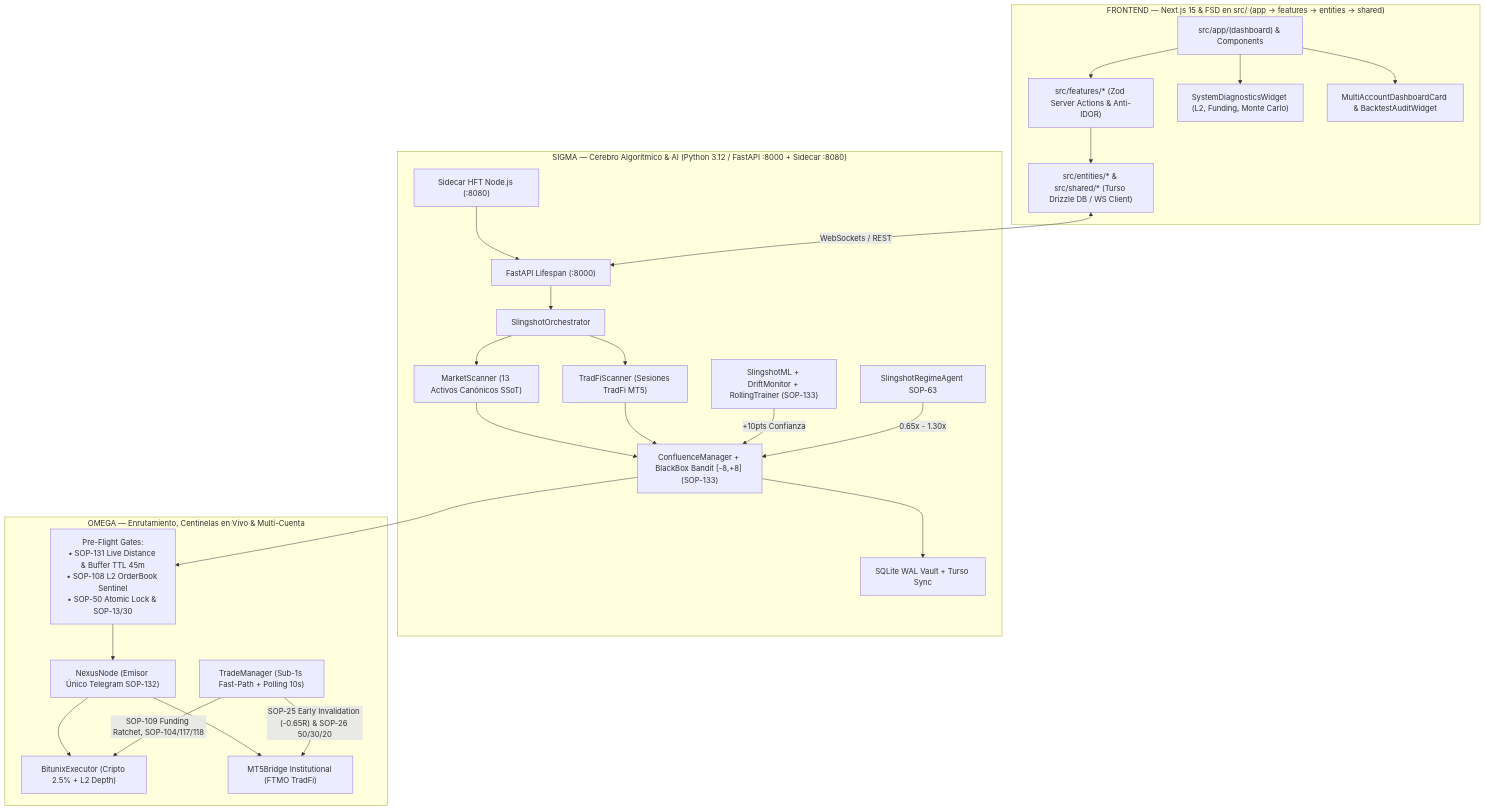
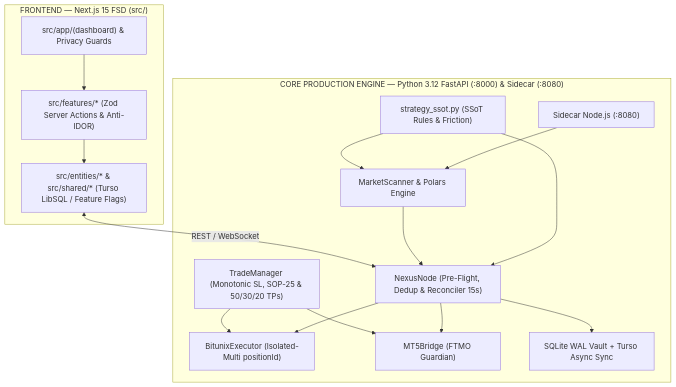
One commit to matiquelmec/Slingshot changed the diagram in README.md. Above: the diagram before and after it, drawn with Mermaid. The commit also changed other lines of this file and 28 other files, not shown here.

Commit message:
feat(sop-146): enforce OpSec zero-leak hygiene, OOS/ablation validation suite, live forward tracker, and sober README

````diff
--- a/README.md
+++ b/README.md
@@ -85,32 +37,21 @@
 ```mermaid
 graph TB
-    subgraph "FRONTEND — Next.js 15 & FSD en src/ (app -> features -> entities -> shared)"
-        A["src/app/(dashboard) & Components"] --> B["src/features/* (Zod Server Actions & Anti-IDOR)"]
-        B --> C["src/entities/* & src/shared/* (Turso Drizzle DB / WS Client)"]
-        A --> D["SystemDiagnosticsWidget (L2, Funding, Monte Carlo)"]
-        A --> E["MultiAccountDashboardCard & BacktestAuditWidget"]
+    subgraph "FRONTEND — Next.js 15 FSD (src/)"
+        UI["src/app/(dashboard) & Privacy Guards"] --> FEAT["src/features/* (Zod Server Actions & Anti-IDOR)"]
+        FEAT --> SHARED["src/entities/* & src/shared/* (Turso LibSQL / Feature Flags)"]
     end
 
-    subgraph "SIGMA — Cerebro Algorítmico & AI (Python 3.12 / FastAPI :8000 + Sidecar :8080)"
-        J["FastAPI Lifespan (:8000)"] --> K["SlingshotOrchestrator"]
-        SIDE["Sidecar HFT Node.js (:8080)"] --> J
-        K --> L1["MarketScanner (13 Activos Canónicos SSoT)"]
-        K --> L2["TradFiScanner (Sesiones TradFi MT5)"]
-        L1 --> M["ConfluenceManager + BlackBox Bandit [-8,+8] (SOP-133)"]
-        L2 --> M
-        ML["SlingshotML + DriftMonitor + RollingTrainer (SOP-133)"] -->|+10pts Confianza| M
-        REG["SlingshotRegimeAgent SOP-63"] -->|0.65x - 1.30x| M
-        M --> V["SQLite WAL Vault + Turso Sync"]
+    subgraph "CORE PRODUCTION ENGINE — Python 3.12 FastAPI (:8000) & Sidecar (:8080)"
+        WS["Sidecar Node.js (:8080)"] --> SCAN["MarketScanner & Polars Engine"]
+        SSOT["strategy_ssot.py (SSoT Rules & Friction)"] --> SCAN
+        SSOT --> NX["NexusNode (Pre-Flight, Dedup & Reconciler 15s)"]
+        SCAN --> NX
+        NX --> BX["BitunixExecutor (Isolated-Multi positionId)"]
+        NX --> MT5["MT5Bridge (FTMO Guardian)"]
+        TM["TradeManager (Monotonic SL, SOP-25 & 50/30/20 TPs)"] --> BX
+        TM --> MT5
+        NX --> VAULT["SQLite WAL Vault + Turso Async Sync"]
     end
 
-    subgraph "OMEGA — Enrutamiento, Centinelas en Vivo & Multi-Cuenta"
-        M --> GATES["Pre-Flight Gates:<br/>• SOP-131 Live Distance & Buffer TTL 45m<br/>• SOP-108 L2 OrderBook Sentinel<br/>• SOP-50 Atomic Lock & SOP-13/30"]
-        GATES --> NX["NexusNode (Emisor Único Telegram SOP-132)"]
-        NX --> BX["BitunixExecutor (Cripto 2.5% + L2 Depth)"]
-        NX --> MT5["MT5Bridge Institutional (FTMO TradFi)"]
-        TM["TradeManager (Sub-1s Fast-Path + Polling 10s)"] --> |"SOP-109 Funding Ratchet, SOP-104/117/118"| BX
-        TM --> |"SOP-25 Early Invalidation (-0.65R) & SOP-26 50/30/20"| MT5
-    end
-
-    C <--> |"WebSockets / REST"| J
+    SHARED <-->|"REST / WebSocket"| NX
 ```
````
